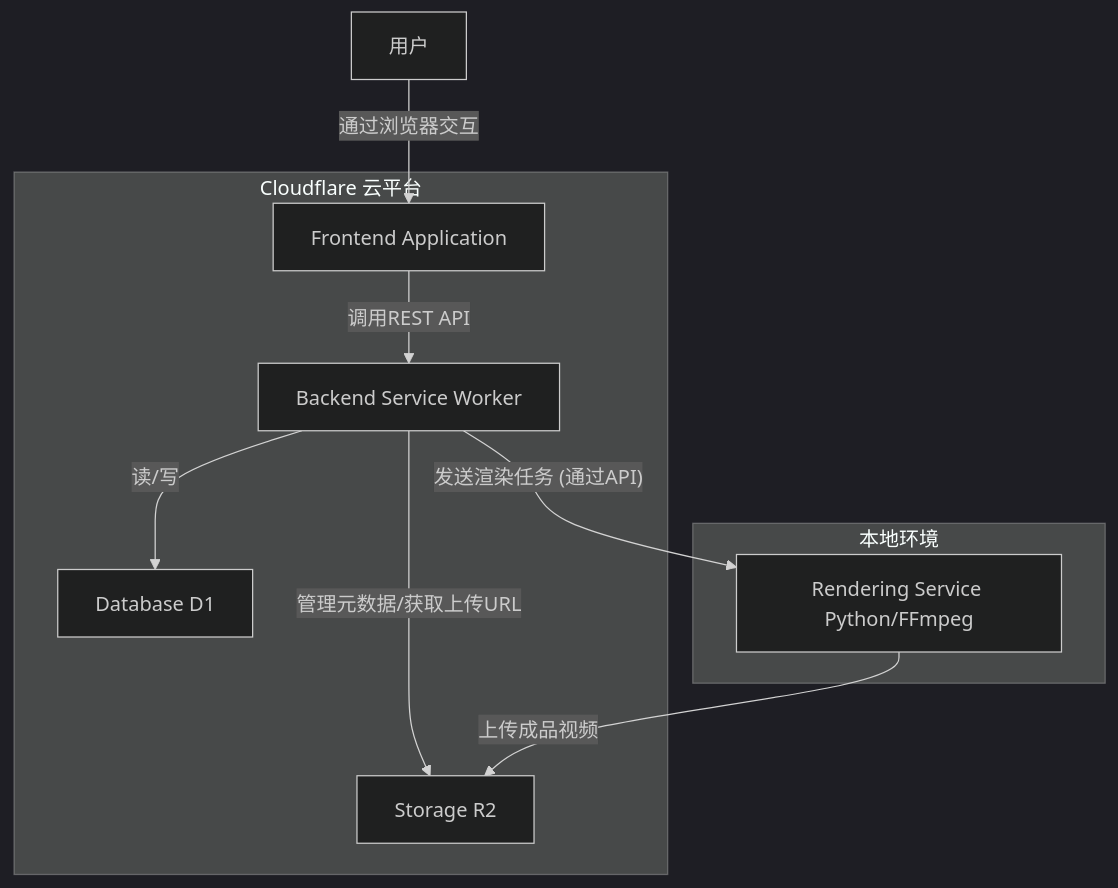
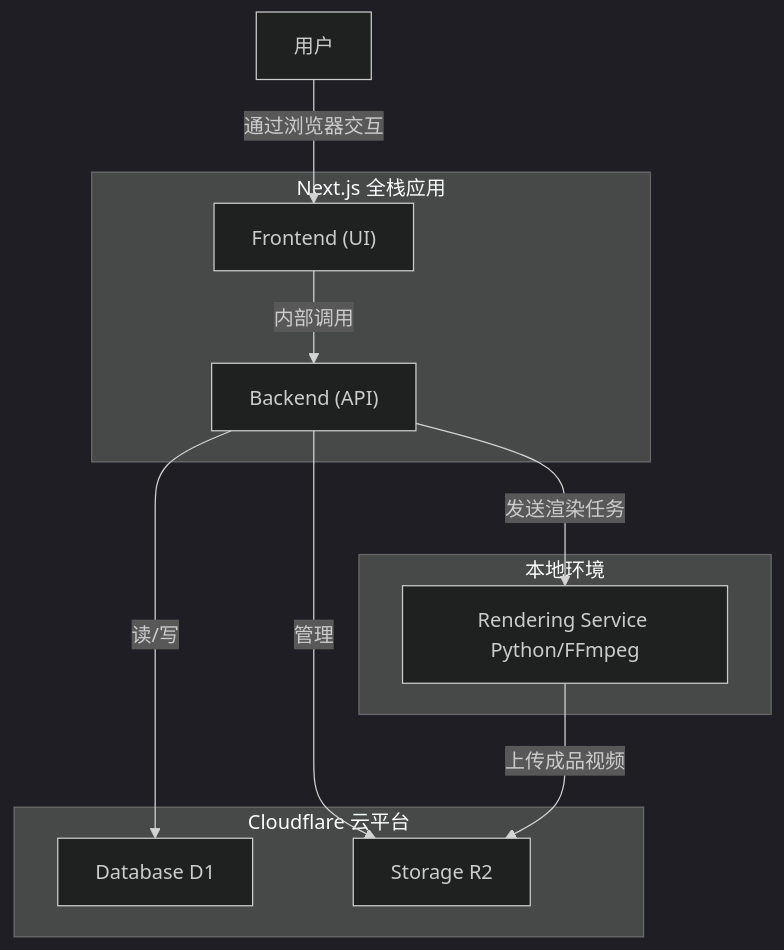
The third of 6 diagrams in docs/architecture.md (laurizinaida/podcast-video-app), drawn with Mermaid (dark theme) before and after one commit. The commit also changed other lines of this file and 63 other files, not shown here.

````diff
--- a/docs/architecture.md
+++ b/docs/architecture.md
@@ -600,17 +599,24 @@
 ```mermaid
 graph TD
-    A[用户] -->|"通过浏览器交互"| C1[Frontend Application]
+    A[用户] -->|"通过浏览器交互"| C1_FE
+    
+    subgraph "Next.js 全栈应用"
+        C1_FE["Frontend (UI)"]
+        C1_BE["Backend (API)"]
+    end
 
     subgraph "Cloudflare 云平台"
-        C1 -->|"调用REST API"| C2[Backend Service Worker]
-        C2 -->|"读/写"| C4[Database D1]
-        C2 -->|"管理元数据/获取上传URL"| C5[Storage R2]
+        C4[Database D1]
+        C5[Storage R2]
     end
 
     subgraph "本地环境"
         C3[Rendering Service Python/FFmpeg]
     end
 
-    C2 -->|"发送渲染任务 (通过API)"| C3
+    C1_FE -->|"内部调用"| C1_BE
+    C1_BE -->|"读/写"| C4
+    C1_BE -->|"管理"| C5
+    C1_BE -->|"发送渲染任务"| C3
     C3 -->|"上传成品视频"| C5
 ```
````
